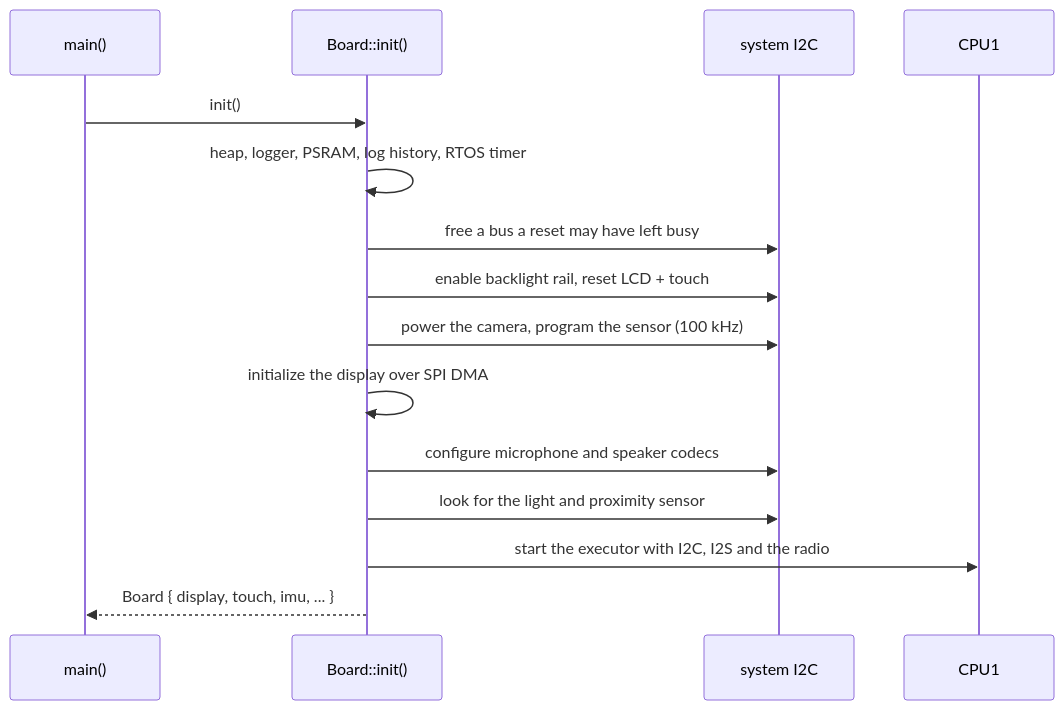
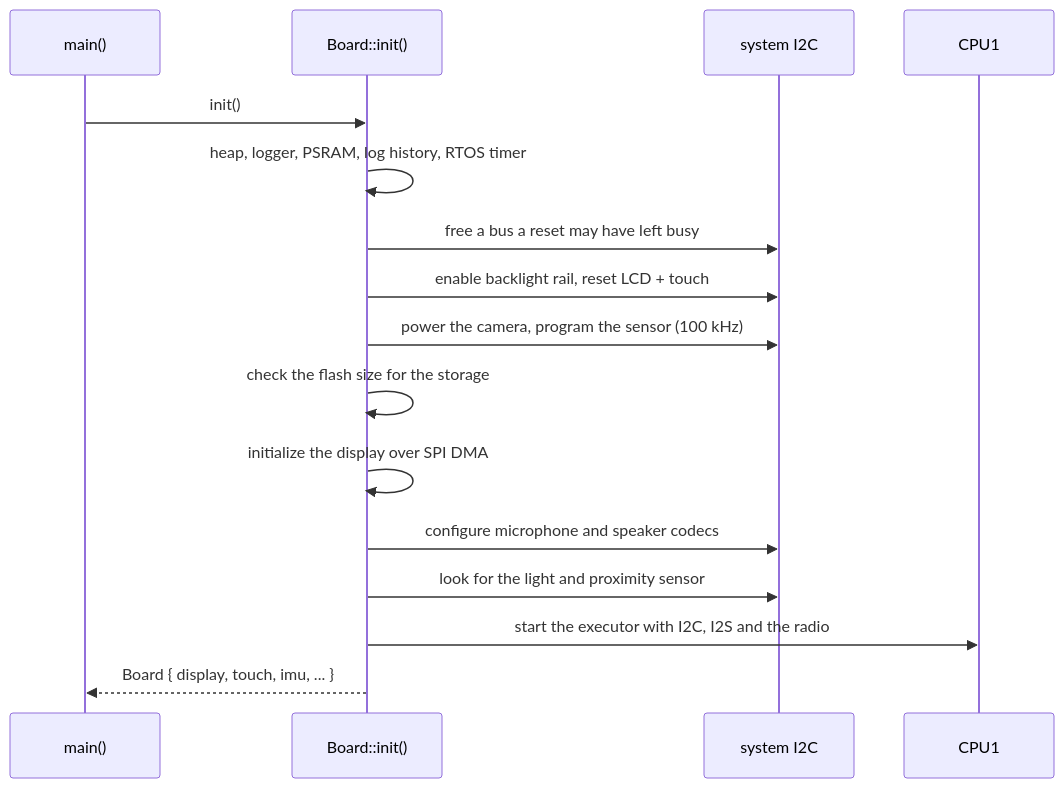
Before and after one commit to ERNICommunity/hack-and-hike-2026-rust: the second of 8 diagrams in docs/architecture.md, drawn with Mermaid. The commit also changed other lines of this file and 3 other files, not shown here.

````diff
--- a/docs/architecture.md
+++ b/docs/architecture.md
@@ -77,18 +78,19 @@
 ```mermaid
 sequenceDiagram
     participant Main as main()
     participant Board as Board::init()
     participant I2C as system I2C
     participant CPU1 as CPU1
 
     Main->>Board: init()
     Board->>Board: heap, logger, PSRAM, log history, RTOS timer
     Board->>I2C: free a bus a reset may have left busy
     Board->>I2C: enable backlight rail, reset LCD + touch
     Board->>I2C: power the camera, program the sensor (100 kHz)
+    Board->>Board: check the flash size for the storage
     Board->>Board: initialize the display over SPI DMA
     Board->>I2C: configure microphone and speaker codecs
     Board->>I2C: look for the light and proximity sensor
     Board->>CPU1: start the executor with I2C, I2S and the radio
     Board-->>Main: Board { display, touch, imu, ... }
 ```
````
